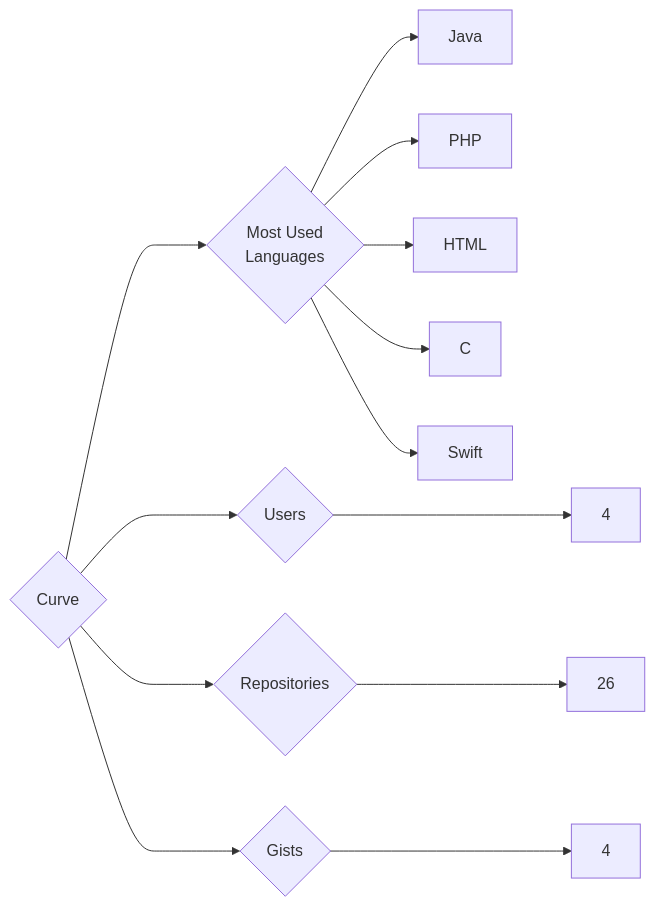
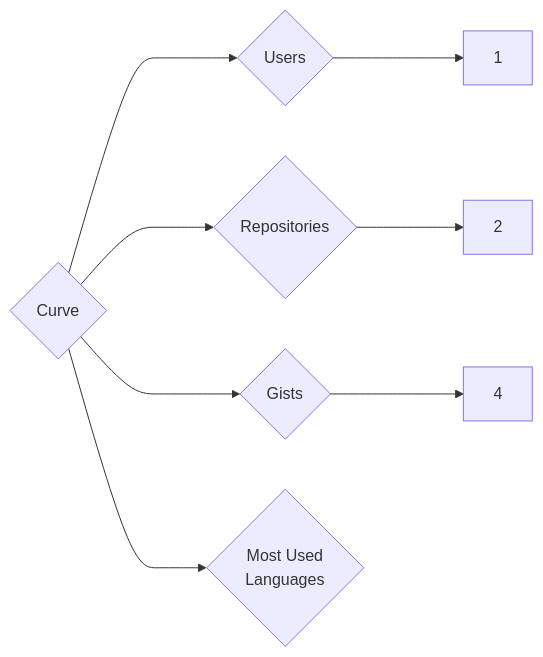
Before and after one commit to trickest/insiders: the diagram in targets/Curve/README.md, drawn with Mermaid. The commit also changed 745 other files, not shown here.

````diff
--- a/targets/Curve/README.md
+++ b/targets/Curve/README.md
@@ -3,13 +3,8 @@
 ```mermaid
 graph LR
 COMPANY_NAME{Curve}
-COMPANY_NAME ---> U{Users} ---> UN[4]
-COMPANY_NAME ---> R{Repositories} ---> RN[26]
+COMPANY_NAME ---> U{Users} ---> UN[1]
+COMPANY_NAME ---> R{Repositories} ---> RN[2]
 COMPANY_NAME ---> G{Gists} ---> GN[4]
 COMPANY_NAME ---> ML{Most Used<br>Languages}
-ML --> Java[Java]
-ML --> PHP[PHP]
-ML --> HTML[HTML]
-ML --> C[C]
-ML --> Swift[Swift]
 ```
````
